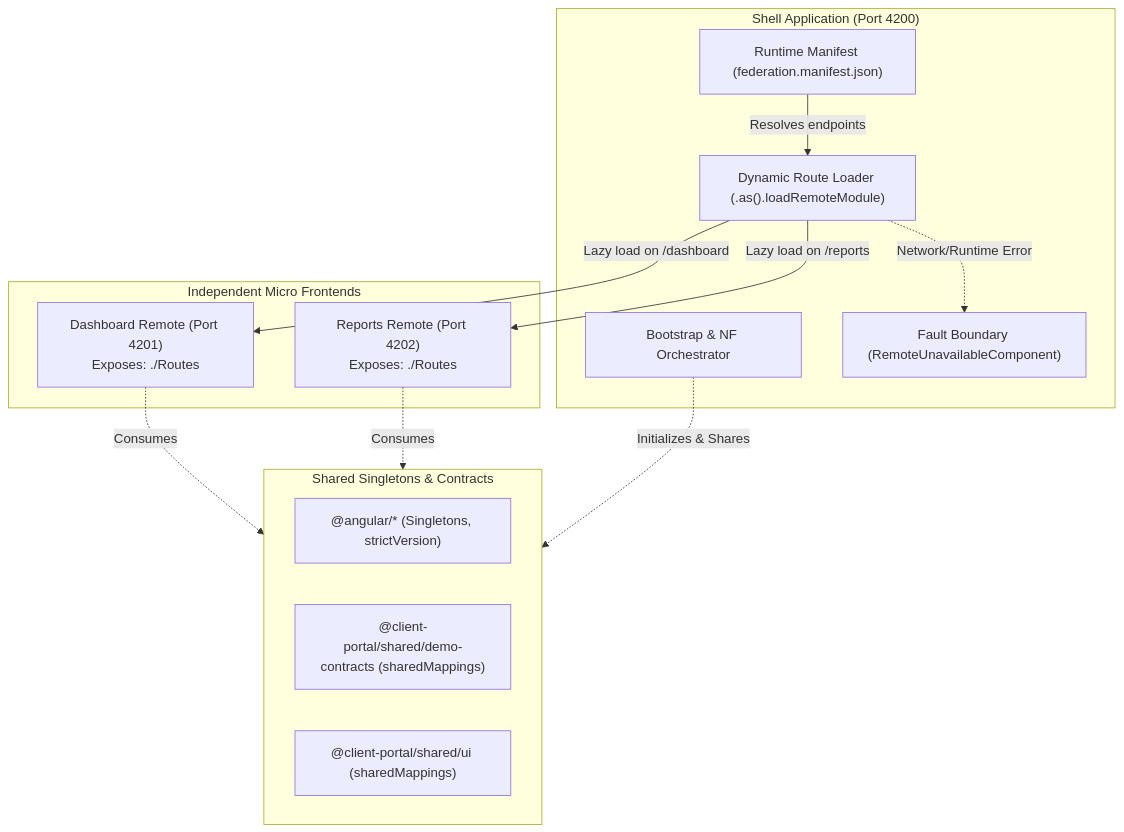
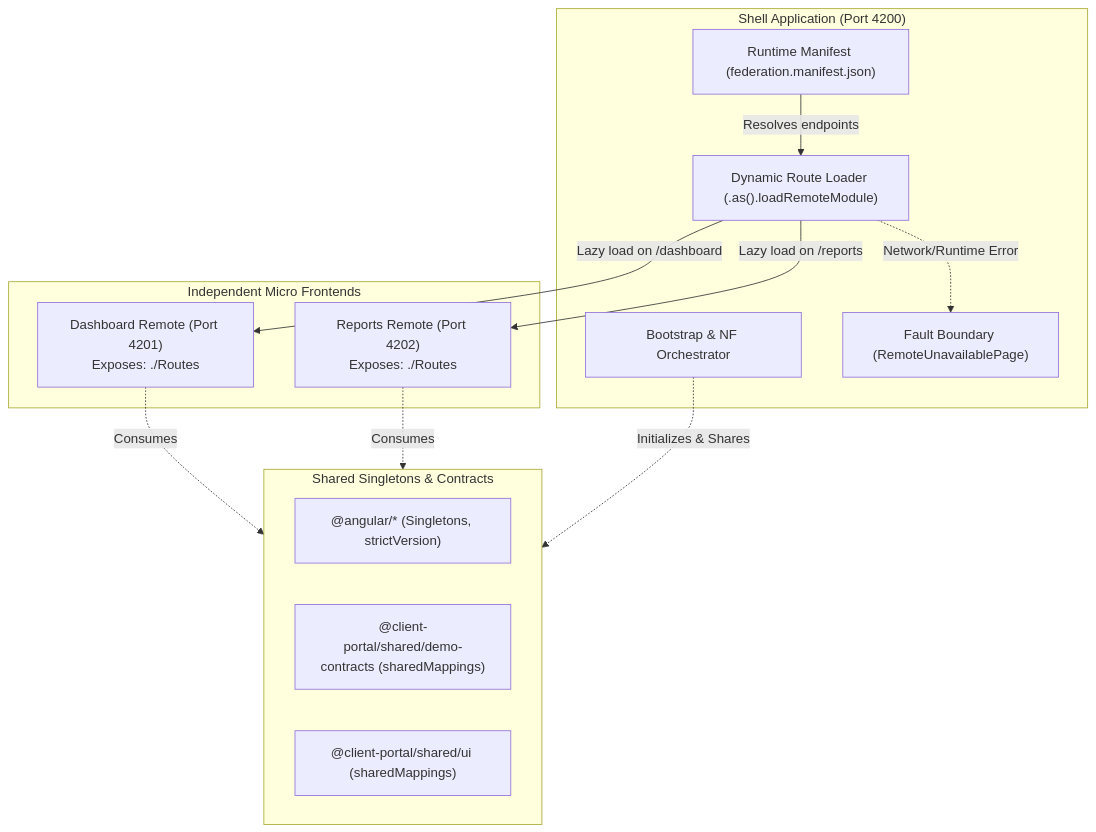
One commit to oleh-kazban/angular-nx-native-federation changed the diagram in README.md. Above: the diagram before and after it, drawn with Mermaid. The commit also changed 11 other files, not shown here.

````diff
--- a/README.md
+++ b/README.md
@@ -44,28 +44,28 @@
 ```mermaid
 flowchart TD
     subgraph Host ["Shell Application (Port 4200)"]
         ShellBoot["Bootstrap & NF Orchestrator"]
         Manifest["Runtime Manifest (federation.manifest.json)"]
         Router["Dynamic Route Loader (.as<T>().loadRemoteModule)"]
-        Fallback["Fault Boundary (RemoteUnavailableComponent)"]
+        Fallback["Fault Boundary (RemoteUnavailablePage)"]
     end
 
     subgraph Remotes ["Independent Micro Frontends"]
         Dashboard["Dashboard Remote (Port 4201)\nExposes: ./Routes"]
         Reports["Reports Remote (Port 4202)\nExposes: ./Routes"]
     end
 
     subgraph SharedDeps ["Shared Singletons & Contracts"]
         AngularShared["@angular/* (Singletons, strictVersion)"]
         ContractsLib["@client-portal/shared/demo-contracts (sharedMappings)"]
         UiLib["@client-portal/shared/ui (sharedMappings)"]
     end
 
     Manifest -->|Resolves endpoints| Router
     Router -->|Lazy load on /dashboard| Dashboard
     Router -->|Lazy load on /reports| Reports
     Router -.->|Network/Runtime Error| Fallback
     Dashboard -.->|Consumes| SharedDeps
     Reports -.->|Consumes| SharedDeps
     ShellBoot -.->|Initializes & Shares| SharedDeps
 ```
````
